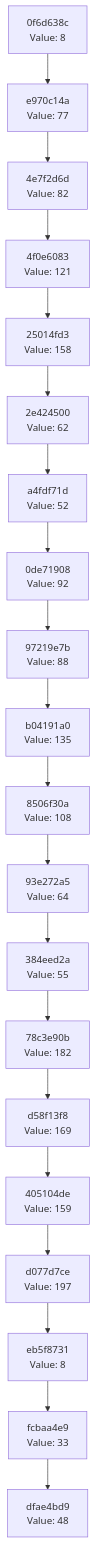
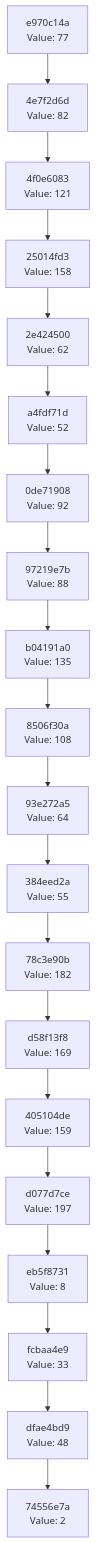
One commit to Abhisheksinha1506/hash-chain-evolver changed the diagram in docs/CHAIN_VISUALIZATION.md. Above: the diagram before and after it, drawn with Mermaid. The commit also changed 2 other files, not shown here.

Commit message:
Evolution step: hash 0x02 → action executed

````diff
--- a/docs/CHAIN_VISUALIZATION.md
+++ b/docs/CHAIN_VISUALIZATION.md
@@ -3,42 +3,42 @@
 ```mermaid
 graph TD
-    C0["dfae4bd9<br/>Value: 48"]
-    C1["fcbaa4e9<br/>Value: 33"]
+    C0["74556e7a<br/>Value: 2"]
+    C1["dfae4bd9<br/>Value: 48"]
     C1 --> C0
-    C2["eb5f8731<br/>Value: 8"]
+    C2["fcbaa4e9<br/>Value: 33"]
     C2 --> C1
-    C3["d077d7ce<br/>Value: 197"]
+    C3["eb5f8731<br/>Value: 8"]
     C3 --> C2
-    C4["405104de<br/>Value: 159"]
+    C4["d077d7ce<br/>Value: 197"]
     C4 --> C3
-    C5["d58f13f8<br/>Value: 169"]
+    C5["405104de<br/>Value: 159"]
     C5 --> C4
-    C6["78c3e90b<br/>Value: 182"]
+    C6["d58f13f8<br/>Value: 169"]
     C6 --> C5
-    C7["384eed2a<br/>Value: 55"]
+    C7["78c3e90b<br/>Value: 182"]
     C7 --> C6
-    C8["93e272a5<br/>Value: 64"]
+    C8["384eed2a<br/>Value: 55"]
     C8 --> C7
-    C9["8506f30a<br/>Value: 108"]
+    C9["93e272a5<br/>Value: 64"]
     C9 --> C8
-    C10["b04191a0<br/>Value: 135"]
+    C10["8506f30a<br/>Value: 108"]
     C10 --> C9
-    C11["97219e7b<br/>Value: 88"]
+    C11["b04191a0<br/>Value: 135"]
     C11 --> C10
-    C12["0de71908<br/>Value: 92"]
+    C12["97219e7b<br/>Value: 88"]
     C12 --> C11
-    C13["a4fdf71d<br/>Value: 52"]
+    C13["0de71908<br/>Value: 92"]
     C13 --> C12
-    C14["2e424500<br/>Value: 62"]
+    C14["a4fdf71d<br/>Value: 52"]
     C14 --> C13
-    C15["25014fd3<br/>Value: 158"]
+    C15["2e424500<br/>Value: 62"]
     C15 --> C14
-    C16["4f0e6083<br/>Value: 121"]
+    C16["25014fd3<br/>Value: 158"]
     C16 --> C15
-    C17["4e7f2d6d<br/>Value: 82"]
+    C17["4f0e6083<br/>Value: 121"]
     C17 --> C16
-    C18["e970c14a<br/>Value: 77"]
+    C18["4e7f2d6d<br/>Value: 82"]
     C18 --> C17
-    C19["0f6d638c<br/>Value: 8"]
+    C19["e970c14a<br/>Value: 77"]
     C19 --> C18
 ```
````
